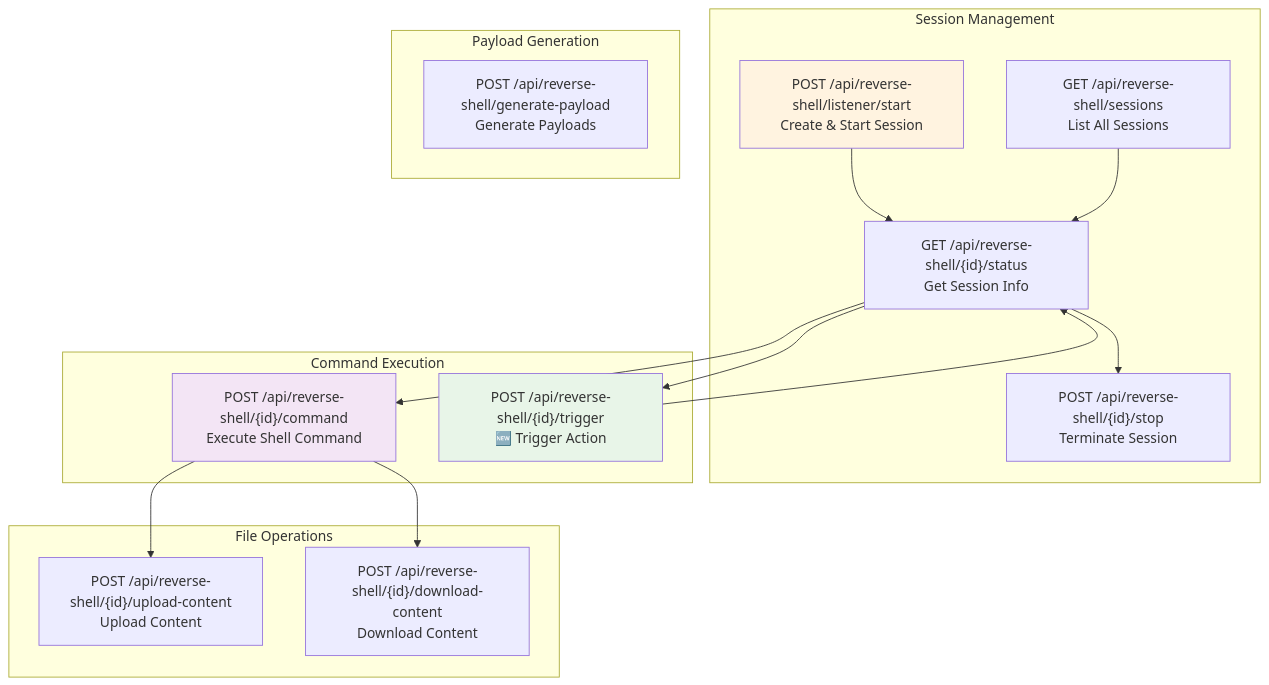
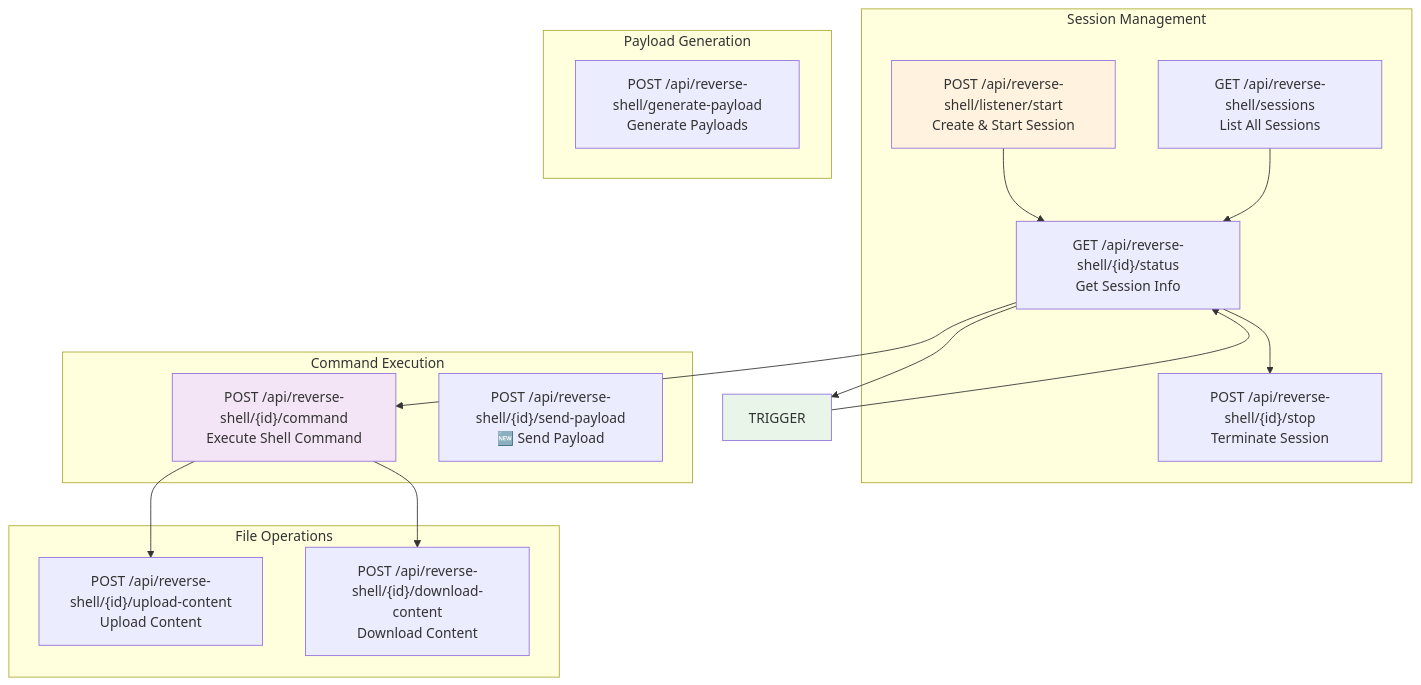
One commit to sh4faq/MCP-Kali-Server changed the seventh of 14 diagrams in doc/REVERSE_SHELL_MANAGER.md. Above: the diagram before and after it, drawn with Mermaid. The commit also changed other lines of this file and 6 other files, not shown here.

First line of the commit message:
✨ Rename trigger action to send payload in reverse shell API

````diff
--- a/doc/REVERSE_SHELL_MANAGER.md
+++ b/doc/REVERSE_SHELL_MANAGER.md
@@ -251,36 +251,36 @@
 ```mermaid
 flowchart TD
     subgraph "Session Management"
         START["POST /api/reverse-shell/listener/start<br/>Create & Start Session"]
         STOP["POST /api/reverse-shell/{id}/stop<br/>Terminate Session"]
         STATUS["GET /api/reverse-shell/{id}/status<br/>Get Session Info"]
         LIST["GET /api/reverse-shell/sessions<br/>List All Sessions"]
     end
     
     subgraph "Command Execution"
         CMD["POST /api/reverse-shell/{id}/command<br/>Execute Shell Command"]
-        TRIGGER["POST /api/reverse-shell/{id}/trigger<br/>🆕 Trigger Action"]
+        SEND_PAYLOAD["POST /api/reverse-shell/{id}/send-payload<br/>🆕 Send Payload"]
     end
     
     subgraph "File Operations"
         UPLOAD["POST /api/reverse-shell/{id}/upload-content<br/>Upload Content"]
         DOWNLOAD["POST /api/reverse-shell/{id}/download-content<br/>Download Content"]
     end
     
     subgraph "Payload Generation"
         PAYLOAD["POST /api/reverse-shell/generate-payload<br/>Generate Payloads"]
     end
     
     START --> STATUS
     STATUS --> CMD
     CMD --> UPLOAD
     CMD --> DOWNLOAD
     STATUS --> TRIGGER
     TRIGGER --> STATUS
     STATUS --> STOP
     LIST --> STATUS
     
     style TRIGGER fill:#e8f5e8
     style START fill:#fff3e0
     style CMD fill:#f3e5f5
 ```
````
